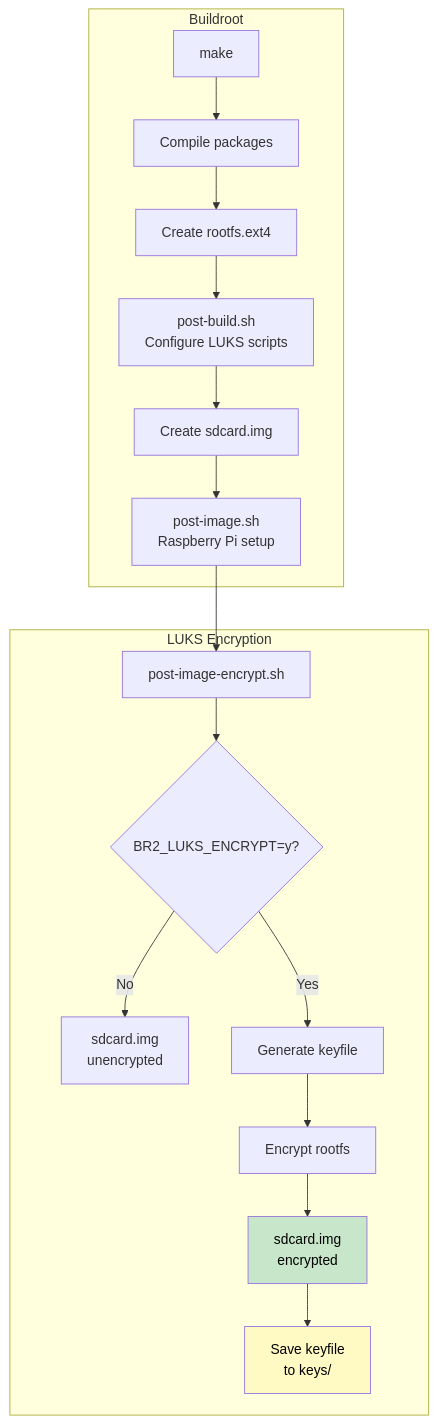
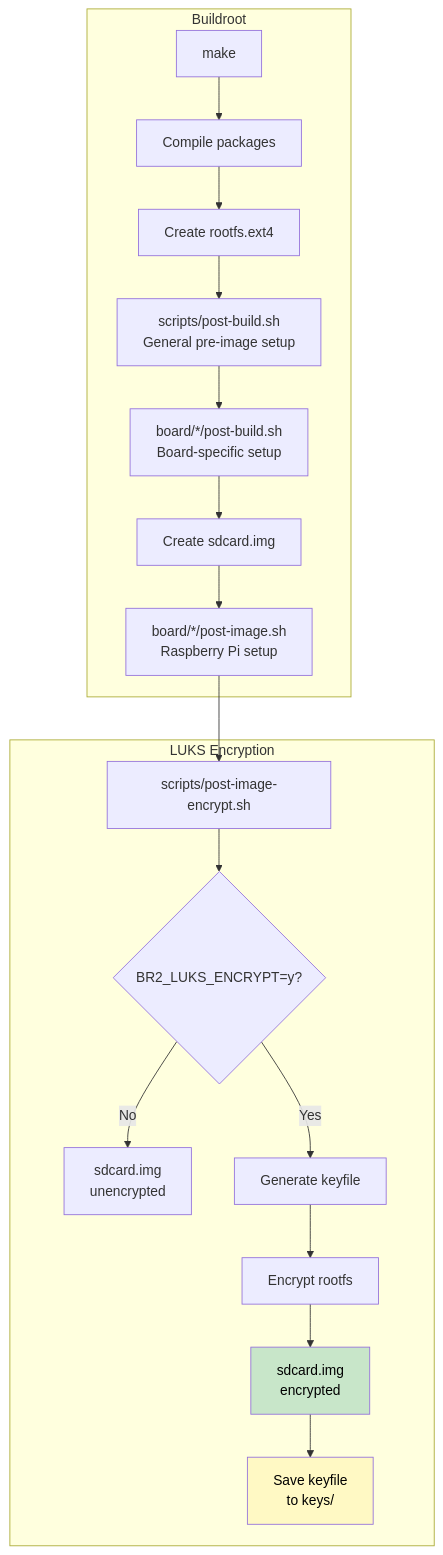
Before and after one commit to Tenshi18/raspberrypi-buildroot-luks: the first of 3 diagrams in README.md, drawn with Mermaid. The commit also changed other lines of this file, not shown here.

````diff
--- a/README.md
+++ b/README.md
@@ -164,23 +221,24 @@
 ```mermaid
 flowchart TD
     subgraph Buildroot
         A[make] --> B[Compile packages]
         B --> C[Create rootfs.ext4]
-        C --> D[post-build.sh<br/>Configure LUKS scripts]
-        D --> E[Create sdcard.img]
-        E --> F[post-image.sh<br/>Raspberry Pi setup]
+        C --> D[scripts/post-build.sh<br/>General pre-image setup]
+        D --> E[board/*/post-build.sh<br/>Board-specific setup]
+        E --> F[Create sdcard.img]
+        F --> G[board/*/post-image.sh<br/>Raspberry Pi setup]
     end
     
     subgraph "LUKS Encryption"
-        F --> G[post-image-encrypt.sh]
-        G --> H{BR2_LUKS_ENCRYPT=y?}
-        H -->|No| Done[sdcard.img<br/>unencrypted]
-        H -->|Yes| I[Generate keyfile]
-        I --> J[Encrypt rootfs]
-        J --> K[sdcard.img<br/>encrypted]
-        K --> L[Save keyfile<br/>to keys/]
+        G --> H[scripts/post-image-encrypt.sh]
+        H --> I{BR2_LUKS_ENCRYPT=y?}
+        I -->|No| Done[sdcard.img<br/>unencrypted]
+        I -->|Yes| J[Generate keyfile]
+        J --> K[Encrypt rootfs]
+        K --> L[sdcard.img<br/>encrypted]
+        L --> M[Save keyfile<br/>to keys/]
     end
     
-    style K fill:#c8e6c9,color:#000
-    style L fill:#fff9c4,color:#000
+    style L fill:#c8e6c9,color:#000
+    style M fill:#fff9c4,color:#000
 ```
````
